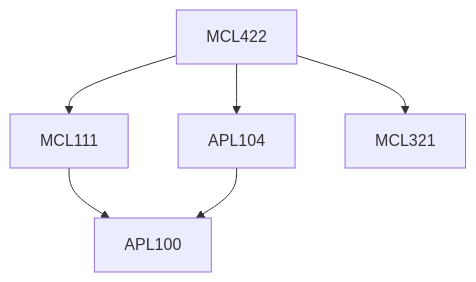
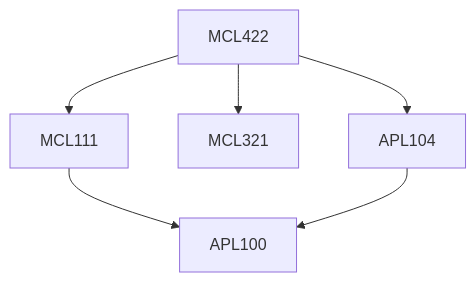
One commit to KeshavBansal0122/CoS_Website changed the diagram in content/Mechanical Engineering/MCL422.md. Above: the diagram before and after it, drawn with Mermaid. The commit also changed other lines of this file and 392 other files, not shown here.

````diff
--- a/content/Mechanical Engineering/MCL422.md
+++ b/content/Mechanical Engineering/MCL422.md
@@ -13,12 +13,12 @@
 ```mermaid
 flowchart TD
 MCL422-463[MCL422]
-MCL111-463 --> APL100-463[APL100]
-MCL422-463 --> APL104-463[APL104]
 MCL422-463 --> MCL111-463[MCL111]
 MCL422-463 --> MCL321-463[MCL321]
+MCL422-463 --> APL104-463[APL104]
+MCL111-463 --> APL100-463[APL100]
 APL104-463 --> APL100-463[APL100]
 
 classDef empty height:17px, fill:transparent, stroke:transparent;
 classDef trueEmpty height:0px, width:0px;
 ```
````
